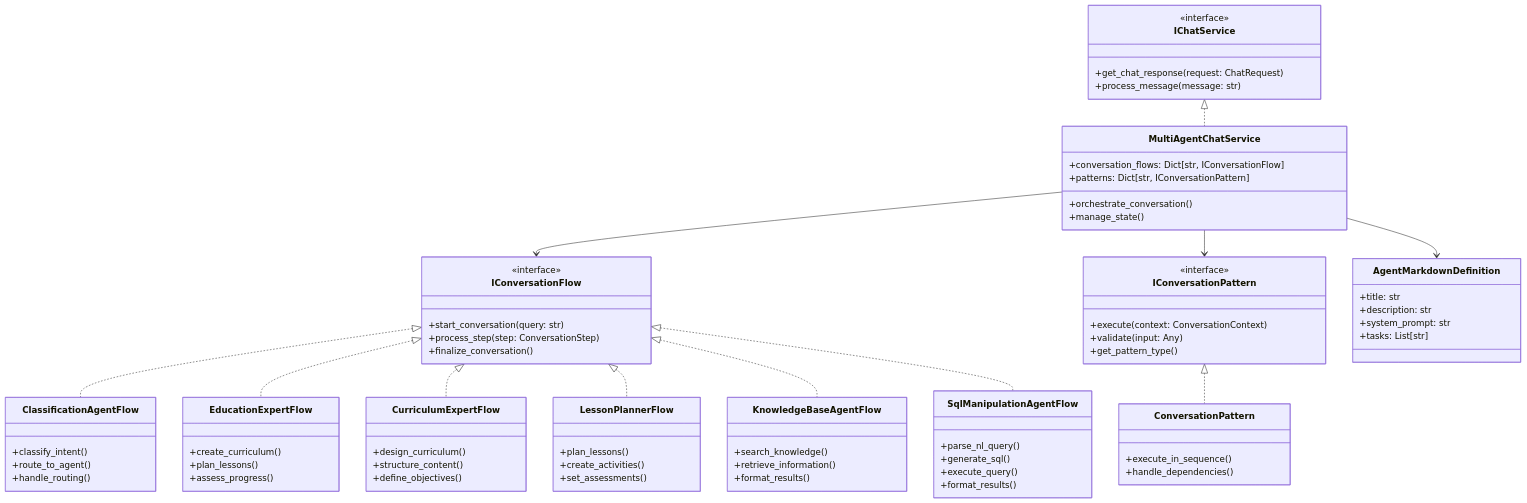
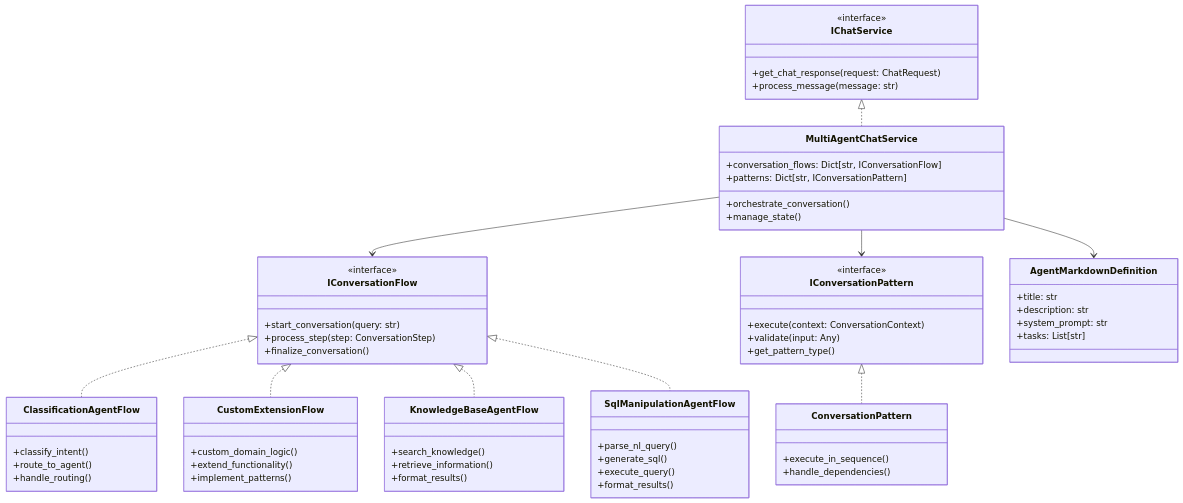
The ninth of 13 diagrams in docs/architecture/README.md (the-ingenious-dark-knight/Insight_Ingenious), drawn with Mermaid before and after one commit. The commit also changed other lines of this file and 4 other files, not shown here.

```diff
--- a/docs/architecture/README.md
+++ b/docs/architecture/README.md
@@ -483,22 +484,10 @@
         +tasks: List[str]
     }
 
-    class EducationExpertFlow {
-        +create_curriculum()
-        +plan_lessons()
-        +assess_progress()
-    }
-
-    class CurriculumExpertFlow {
-        +design_curriculum()
-        +structure_content()
-        +define_objectives()
-    }
-
-    class LessonPlannerFlow {
-        +plan_lessons()
-        +create_activities()
-        +set_assessments()
+    class CustomExtensionFlow {
+        +custom_domain_logic()
+        +extend_functionality()
+        +implement_patterns()
     }
 
     class KnowledgeBaseAgentFlow {
@@ -532,9 +521,7 @@
         +handle_routing()
     }
     IConversationFlow <|.. ClassificationAgentFlow
-    IConversationFlow <|.. EducationExpertFlow
-    IConversationFlow <|.. CurriculumExpertFlow
-    IConversationFlow <|.. LessonPlannerFlow
+    IConversationFlow <|.. CustomExtensionFlow
     IConversationFlow <|.. KnowledgeBaseAgentFlow
     IConversationFlow <|.. SqlManipulationAgentFlow
     IConversationPattern <|.. ConversationPattern
```
